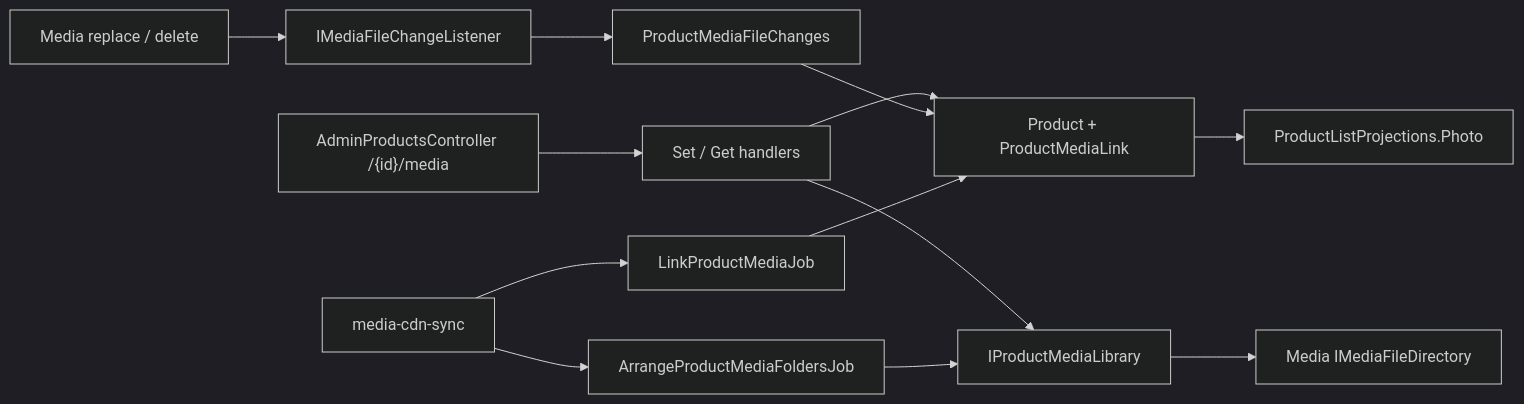
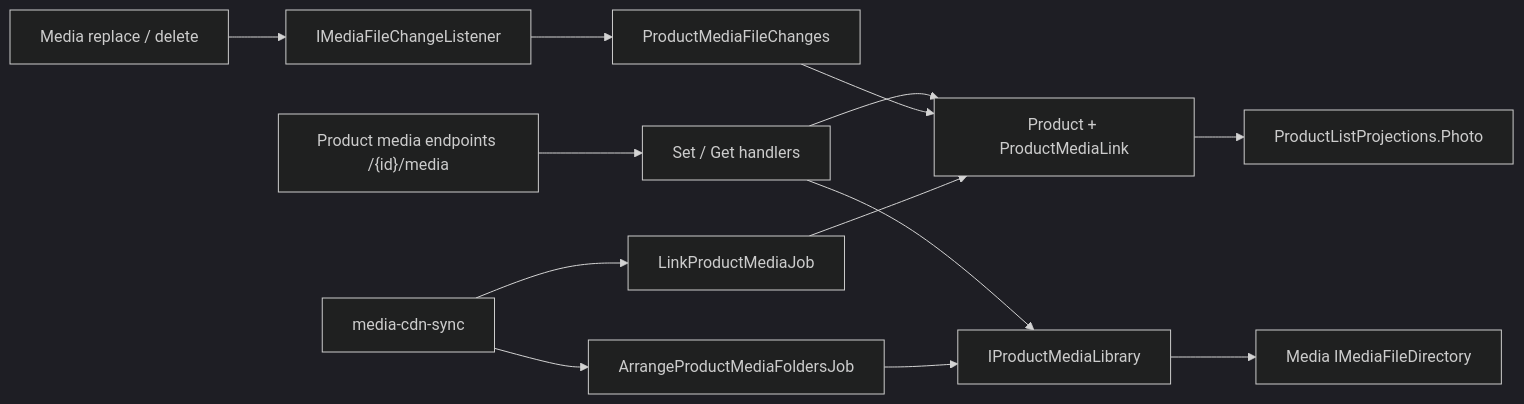
The diagram in docs/sdd/features/catalog/product-media.md (Weretik/KedrStore), drawn with Mermaid (dark theme) before and after one commit. The commit also changed other lines of this file and 105 other files, not shown here.

````diff
--- a/docs/sdd/features/catalog/product-media.md
+++ b/docs/sdd/features/catalog/product-media.md
@@ -42,12 +42,12 @@
 ```mermaid
 flowchart LR
-    A["AdminProductsController /{id}/media"] --> B["Set / Get handlers"]
+    A["Product media endpoints /{id}/media"] --> B["Set / Get handlers"]
     B --> P["Product + ProductMediaLink"]
     B --> L["IProductMediaLibrary"]
     L --> D["Media IMediaFileDirectory"]
     M["Media replace / delete"] --> N["IMediaFileChangeListener"]
     N --> C["ProductMediaFileChanges"] --> P
     J["media-cdn-sync"] --> K["LinkProductMediaJob"] --> P
     J --> F["ArrangeProductMediaFoldersJob"] --> L
     P --> R["ProductListProjections.Photo"]
 ```
````
